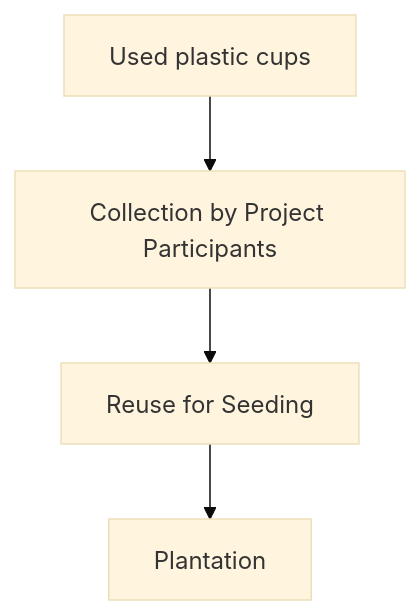
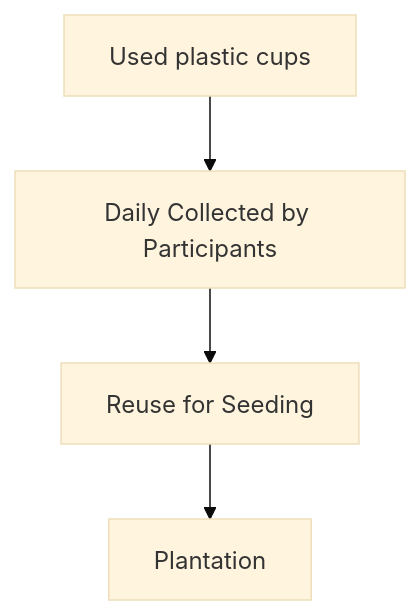
One commit to Kietpawpan/esc changed the diagram in README.md. Above: the diagram before and after it, drawn with Mermaid (base theme).

````diff
--- a/README.md
+++ b/README.md
@@ -9,6 +9,6 @@
 ```mermaid
 flowchart TD
-    A[Used plastic cups] --> C[Collection by Project Participants]
+    A[Used plastic cups] --> C[Daily Collected by Participants]
     C --> D[Reuse for Seeding]
     D --> E[Plantation]
 ```
````
